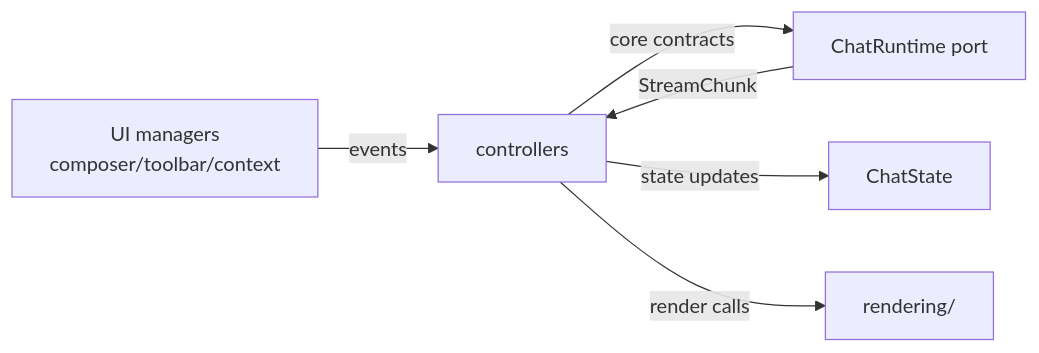
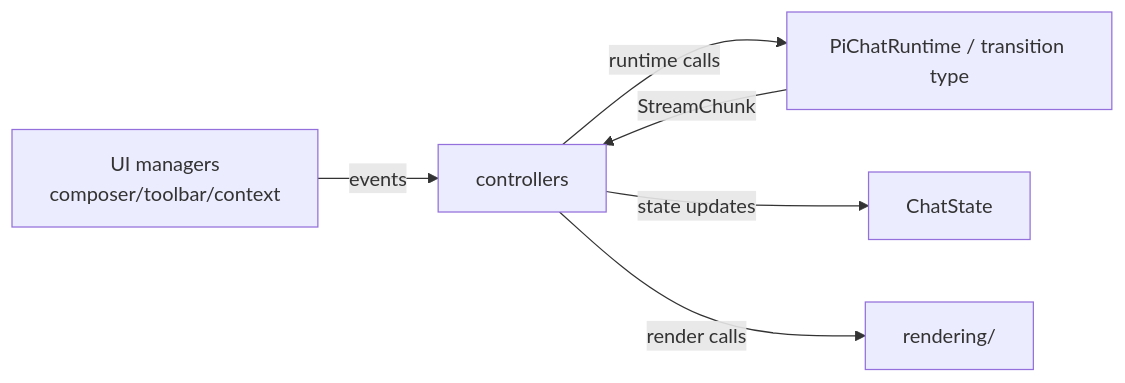
One commit to shuuul/obsidian-pivi changed the diagram in docs/architecture/ui-integration.md. Above: the diagram before and after it, drawn with Mermaid. The commit also changed other lines of this file and 155 other files, not shown here.

````diff
--- a/docs/architecture/ui-integration.md
+++ b/docs/architecture/ui-integration.md
@@ -63,8 +65,8 @@
 ```mermaid
 flowchart LR
   UI["UI managers<br/>composer/toolbar/context"] -- "events" --> Controllers["controllers"]
-  Controllers -- "core contracts" --> Runtime["ChatRuntime port"]
+  Controllers -- "runtime calls" --> Runtime["PiChatRuntime / transition type"]
   Runtime -- "StreamChunk" --> Controllers
   Controllers -- "state updates" --> State["ChatState"]
   Controllers -- "render calls" --> Renderers["rendering/"]
 ```
````
